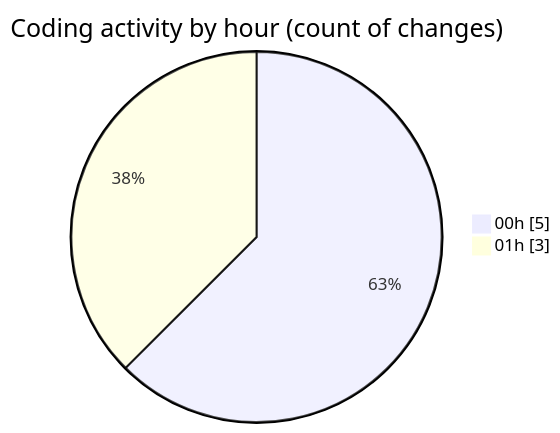
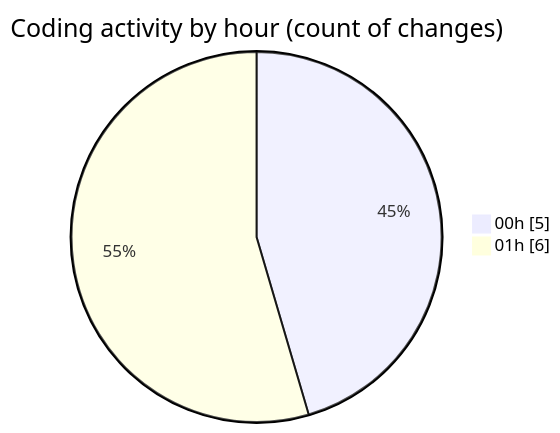
The second of 2 diagrams in 2026-07-14/shibass-ai/README.md (shibass792/code-tracking), drawn with Mermaid before and after one commit. The commit also changed other lines of this file and 1 other file, not shown here.

````diff
--- a/2026-07-14/shibass-ai/README.md
+++ b/2026-07-14/shibass-ai/README.md
@@ -32,6 +35,6 @@
 ```mermaid
 pie showData
 title Coding activity by hour (count of changes)
 "00h" : 5
-"01h" : 3
+"01h" : 6
 ```
````
